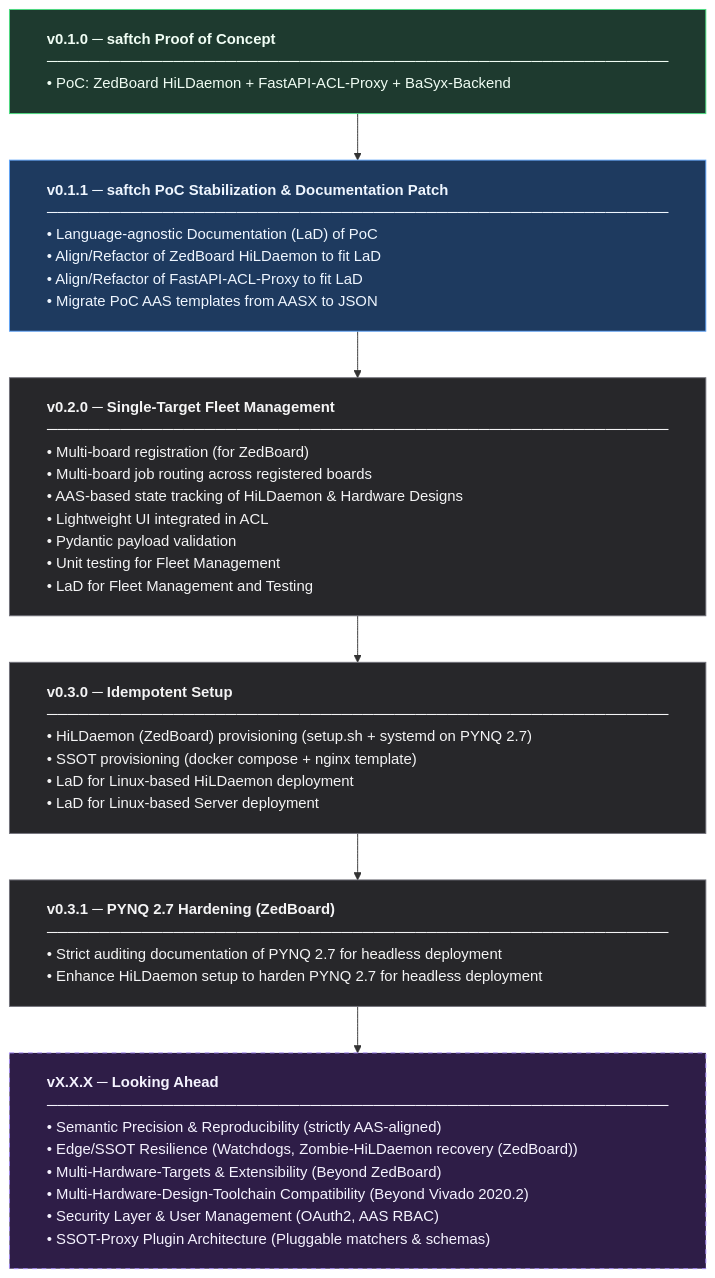
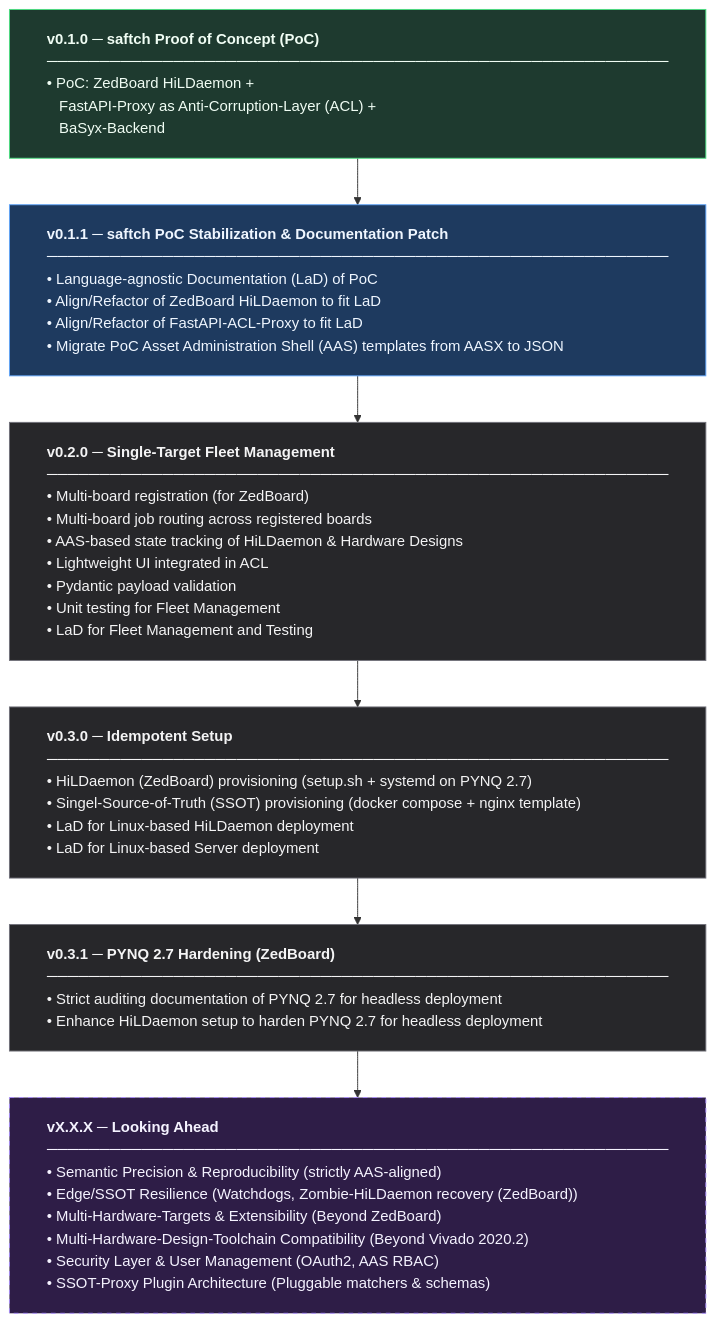
The diagram in docs/roadmap.md (merlinseela/i40-saftch), drawn with Mermaid before and after one commit. The commit also changed other lines of this file, not shown here.

Commit message:
add correct note and fix typos

````diff
--- a/docs/roadmap.md
+++ b/docs/roadmap.md
@@ -6,64 +8,66 @@
 ```mermaid
 ---
 config:
   flowchart:
     wrappingWidth: 600
     padding: 20
 ---
 
 flowchart TD
-    v010["`**v0.1.0 ─ saftch Proof of Concept** 
+    v010["`**v0.1.0 ─ saftch Proof of Concept (PoC)** 
         ───────────────────────────────────────────────────────────
-        • PoC: ZedBoard HiLDaemon + FastAPI-ACL-Proxy + BaSyx-Backend
+        • PoC: ZedBoard HiLDaemon + 
+        &nbsp; &nbsp;FastAPI-Proxy as Anti-Corruption-Layer (ACL) +
+        &nbsp; &nbsp;BaSyx-Backend
         `"]
     v011["`**v0.1.1 ─ saftch PoC Stabilization & Documentation Patch** 
         ───────────────────────────────────────────────────────────
         • Language-agnostic Documentation (LaD) of PoC
         • Align/Refactor of ZedBoard HiLDaemon to fit LaD 
         • Align/Refactor of FastAPI-ACL-Proxy to fit LaD
-        • Migrate PoC AAS templates from AASX to JSON
+        • Migrate PoC Asset Administration Shell (AAS) templates from AASX to JSON
         `"]
     v020["`**v0.2.0 ─ Single-Target Fleet Management**
         ───────────────────────────────────────────────────────────
         • Multi-board registration (for ZedBoard)
         • Multi-board job routing across registered boards
         • AAS-based state tracking of HiLDaemon & Hardware Designs
         • Lightweight UI integrated in ACL
         • Pydantic payload validation
         • Unit testing for Fleet Management
         • LaD for Fleet Management and Testing
         `"]
     v030["`**v0.3.0 ─ Idempotent Setup**
         ───────────────────────────────────────────────────────────
         • HiLDaemon (ZedBoard) provisioning (setup.sh + systemd on PYNQ 2.7)
-        • SSOT provisioning (docker compose + nginx template)
+        • Singel-Source-of-Truth (SSOT) provisioning (docker compose + nginx template)
         • LaD for Linux-based HiLDaemon deployment
         • LaD for Linux-based Server deployment
         `"]
     v031["`**v0.3.1 ─ PYNQ 2.7 Hardening (ZedBoard)**
         ───────────────────────────────────────────────────────────
         • Strict auditing documentation of PYNQ 2.7 for headless deployment
         • Enhance HiLDaemon setup to harden PYNQ 2.7 for headless deployment
         `"]
     vXXX["`**vX.X.X ─ Looking Ahead**
         ───────────────────────────────────────────────────────────
         • Semantic Precision & Reproducibility (strictly AAS-aligned)
         • Edge/SSOT Resilience (Watchdogs, Zombie-HiLDaemon recovery (ZedBoard))
         • Multi-Hardware-Targets & Extensibility (Beyond ZedBoard)
         • Multi-Hardware-Design-Toolchain Compatibility (Beyond Vivado 2020.2)
         • Security Layer & User Management (OAuth2, AAS RBAC)
         • SSOT-Proxy Plugin Architecture (Pluggable matchers & schemas)
         `"]
 
     v010 --> v011 --> v020 --> v030 --> v031 --> vXXX
 
     classDef done fill:#1e3a2f,stroke:#4ade80,color:#f0fdf4,stroke-width:1px,text-align:left
     classDef active fill:#1e3a5f,stroke:#60a5fa,color:#eff6ff,stroke-width:1px, text-align:left
     classDef planned fill:#27272a,stroke:#71717a,color:#f4f4f5,stroke-width:1px, text-align:left
     classDef future fill:#2e1d47,stroke:#a78bfa,color:#f5f3ff,stroke-width:1px,stroke-dasharray:5 5,text-align:left
 
     class v010 done
     class v011 active
     class v020,v030,v031 planned
     class vXXX future
 ```
````
